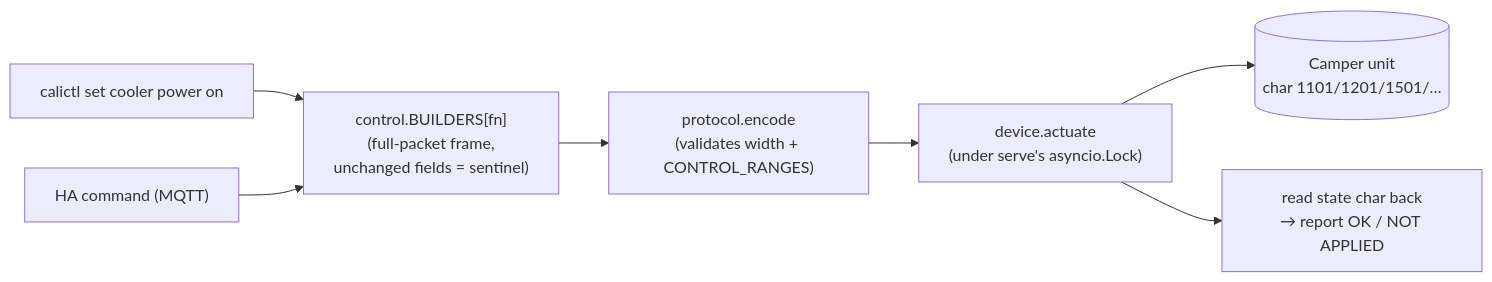
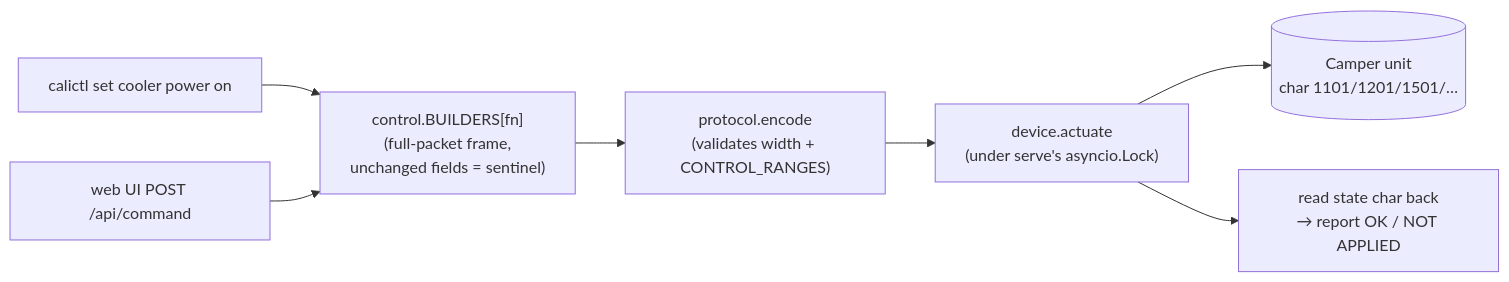
The fifth of 7 diagrams in docs/architecture.md (ckeller42/open-california), drawn with Mermaid before and after one commit. The commit also changed other lines of this file and 49 other files, not shown here.

````diff
--- a/docs/architecture.md
+++ b/docs/architecture.md
@@ -348,9 +334,9 @@
 ```mermaid
 flowchart LR
   CLI["calictl set cooler power on"] --> BUILD["control.BUILDERS[fn]<br/>(full-packet frame,<br/>unchanged fields = sentinel)"]
-  HA["HA command (MQTT)"] --> BUILD
+  WEB["web UI POST /api/command"] --> BUILD
   BUILD --> ENC["protocol.encode<br/>(validates width + CONTROL_RANGES)"]
   ENC --> ACT["device.actuate<br/>(under serve's asyncio.Lock)"]
   ACT --> UNIT[("Camper unit<br/>char 1101/1201/1501/…")]
   ACT --> RB["read state char back<br/>→ report OK / NOT APPLIED"]
 ```
````
